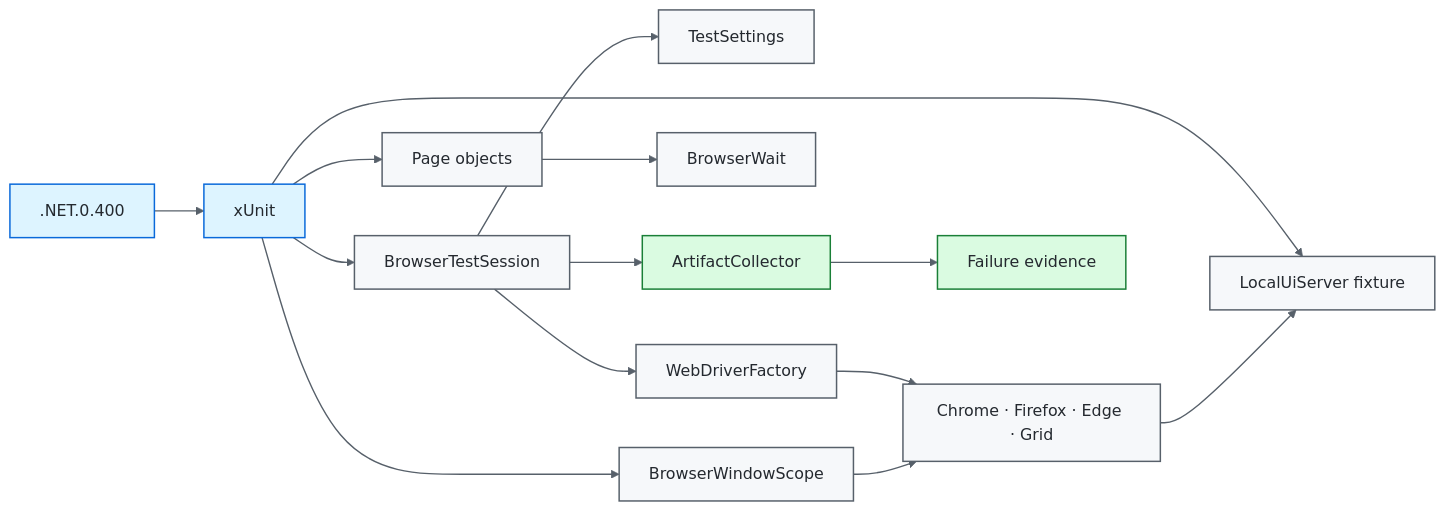
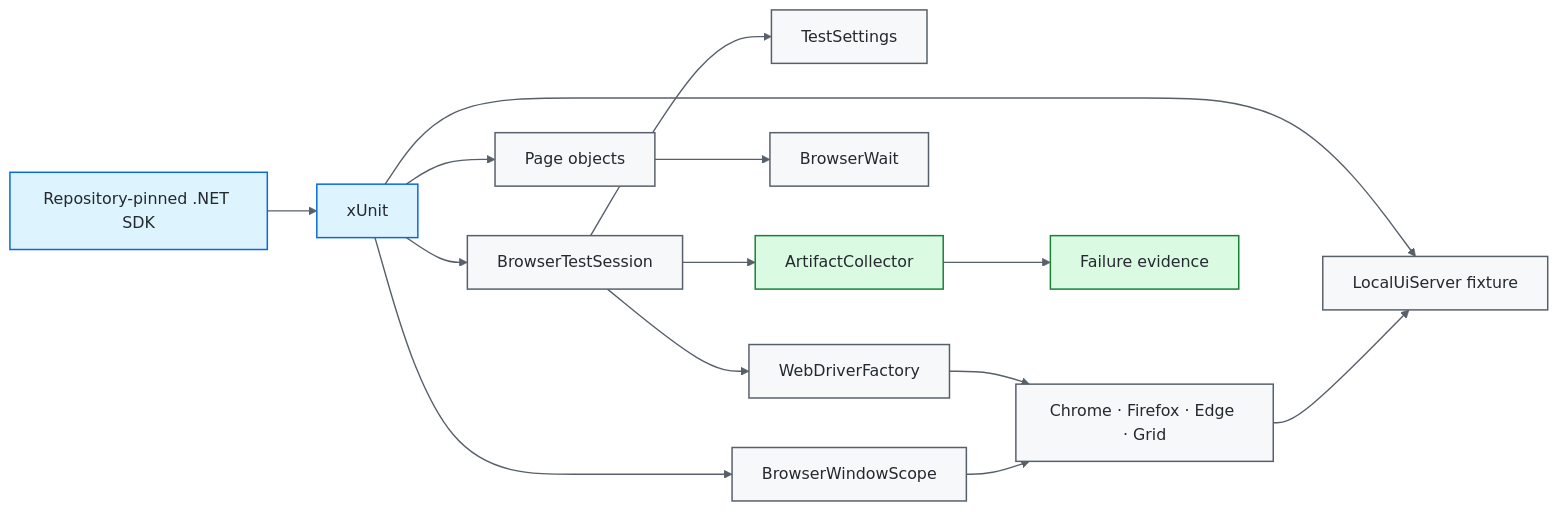
The first of 2 diagrams in README.md (portyu9/qa-automation-dotnet-selenium), drawn with Mermaid (neutral theme) before and after one commit.

Commit message:
docs: correct .NET SDK architecture wording
Replace the malformed architecture label with versionless repository-pinned SDK wording while leaving global.json as the exact toolchain source of truth.

````diff
--- a/README.md
+++ b/README.md
@@ -42,24 +42,24 @@
 ```mermaid
 flowchart LR
-    SDK[.NET.0.400] --> TEST[xUnit]
+    SDK[Repository-pinned .NET SDK] --> TEST[xUnit]
     TEST --> SESSION[BrowserTestSession]
     SESSION --> CFG[TestSettings]
     SESSION --> DRIVER[WebDriverFactory]
     TEST --> PAGE[Page objects]
     PAGE --> WAIT[BrowserWait]
     TEST --> FIX[LocalUiServer fixture]
     TEST --> WINDOW[BrowserWindowScope]
     DRIVER --> BROWSER[Chrome · Firefox · Edge · Grid]
     BROWSER --> FIX
     WINDOW --> BROWSER
     SESSION --> ART[ArtifactCollector]
     ART --> EV[Failure evidence]
 
     classDef entry fill:#ddf4ff,stroke:#0969da,color:#24292f,stroke-width:1.5px;
     classDef core fill:#f6f8fa,stroke:#57606a,color:#24292f,stroke-width:1.5px;
     classDef evidence fill:#dafbe1,stroke:#1a7f37,color:#24292f,stroke-width:1.5px;
     class SDK,TEST entry;
     class SESSION,CFG,DRIVER,PAGE,WAIT,FIX,WINDOW,BROWSER core;
     class ART,EV evidence;
     linkStyle default stroke:#57606a,stroke-width:1.4px;
 ```
````
